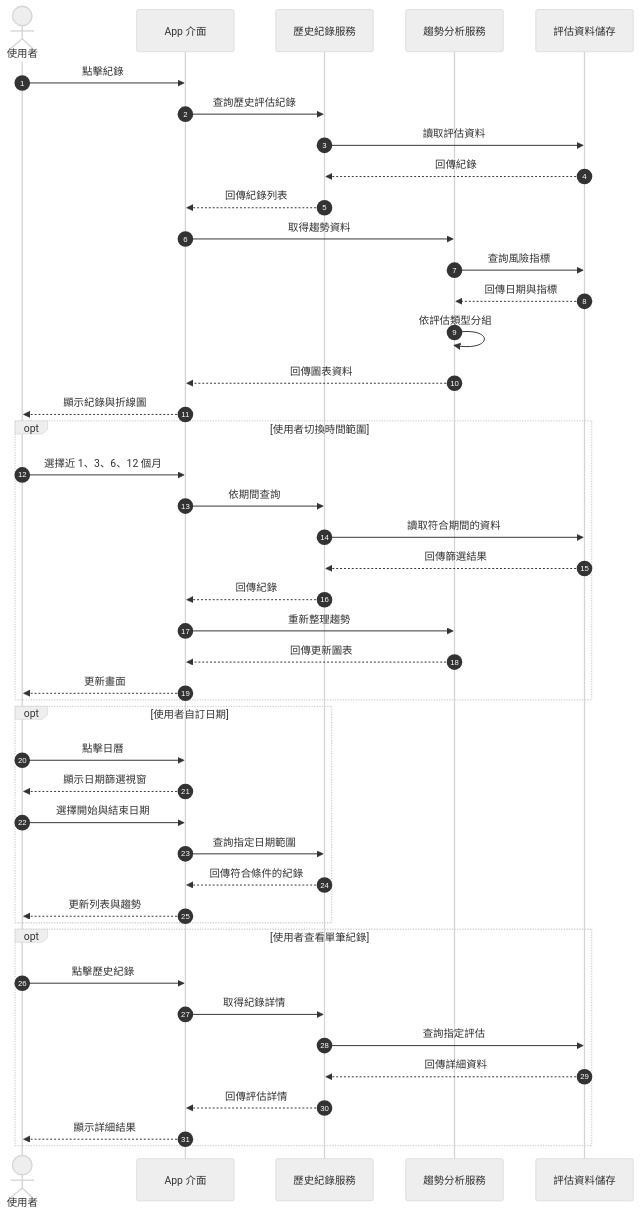
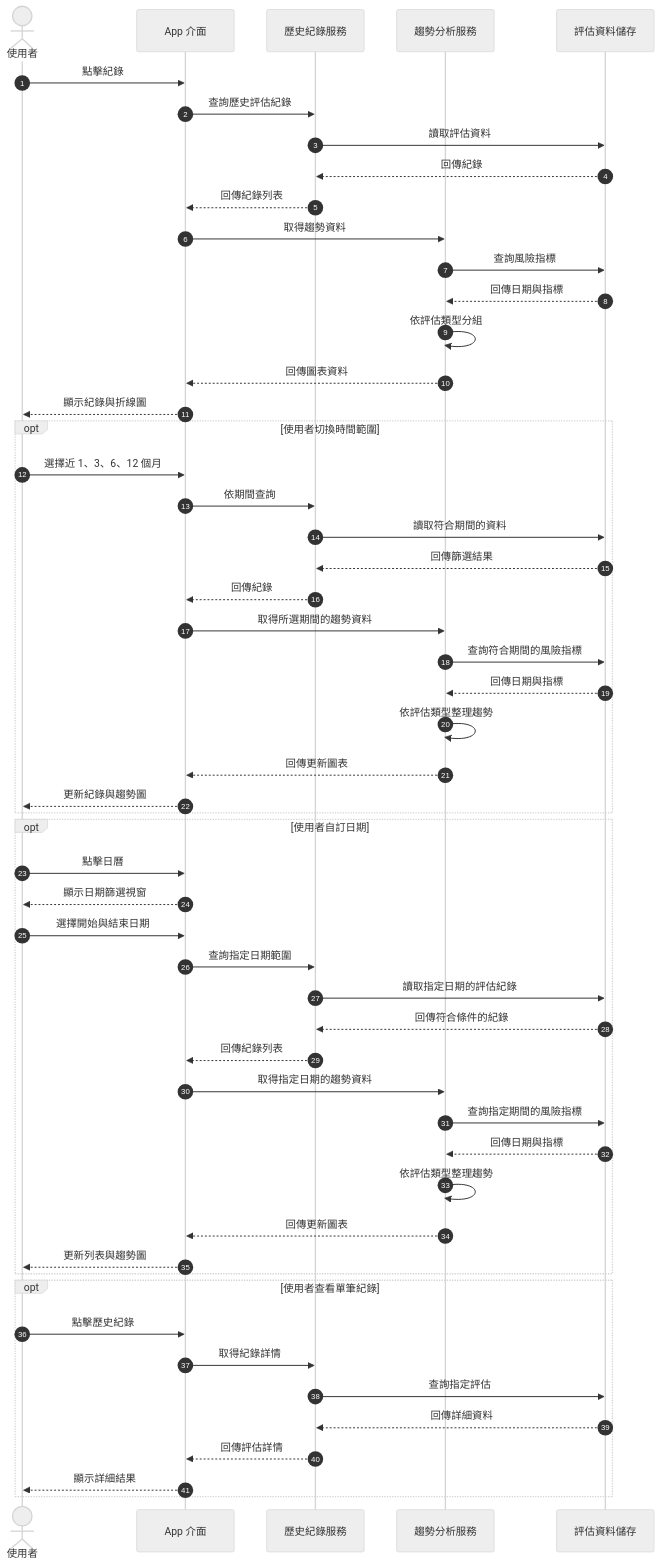
Before and after one commit to c113118216/115-b-team: the sixth of 10 diagrams in team_04.md, drawn with Mermaid (neutral theme). The commit also changed other lines of this file, not shown here.

````diff
--- a/team_04.md
+++ b/team_04.md
@@ -474,52 +472,65 @@
 ```mermaid
 sequenceDiagram
     autonumber
 
     actor U as 使用者
     participant APP as App 介面
     participant HISTORY as 歷史紀錄服務
     participant TREND as 趨勢分析服務
     participant DB as 評估資料儲存
 
     U->>APP: 點擊紀錄
     APP->>HISTORY: 查詢歷史評估紀錄
     HISTORY->>DB: 讀取評估資料
     DB-->>HISTORY: 回傳紀錄
     HISTORY-->>APP: 回傳紀錄列表
 
     APP->>TREND: 取得趨勢資料
     TREND->>DB: 查詢風險指標
     DB-->>TREND: 回傳日期與指標
     TREND->>TREND: 依評估類型分組
     TREND-->>APP: 回傳圖表資料
     APP-->>U: 顯示紀錄與折線圖
 
     opt 使用者切換時間範圍
         U->>APP: 選擇近 1、3、6、12 個月
         APP->>HISTORY: 依期間查詢
         HISTORY->>DB: 讀取符合期間的資料
         DB-->>HISTORY: 回傳篩選結果
         HISTORY-->>APP: 回傳紀錄
-        APP->>TREND: 重新整理趨勢
+
+        APP->>TREND: 取得所選期間的趨勢資料
+        TREND->>DB: 查詢符合期間的風險指標
+        DB-->>TREND: 回傳日期與指標
+        TREND->>TREND: 依評估類型整理趨勢
         TREND-->>APP: 回傳更新圖表
-        APP-->>U: 更新畫面
+        APP-->>U: 更新紀錄與趨勢圖
     end
 
     opt 使用者自訂日期
         U->>APP: 點擊日曆
         APP-->>U: 顯示日期篩選視窗
         U->>APP: 選擇開始與結束日期
+
         APP->>HISTORY: 查詢指定日期範圍
-        HISTORY-->>APP: 回傳符合條件的紀錄
-        APP-->>U: 更新列表與趨勢
+        HISTORY->>DB: 讀取指定日期的評估紀錄
+        DB-->>HISTORY: 回傳符合條件的紀錄
+        HISTORY-->>APP: 回傳紀錄列表
+
+        APP->>TREND: 取得指定日期的趨勢資料
+        TREND->>DB: 查詢指定期間的風險指標
+        DB-->>TREND: 回傳日期與指標
+        TREND->>TREND: 依評估類型整理趨勢
+        TREND-->>APP: 回傳更新圖表
+        APP-->>U: 更新列表與趨勢圖
     end
 
     opt 使用者查看單筆紀錄
         U->>APP: 點擊歷史紀錄
         APP->>HISTORY: 取得紀錄詳情
         HISTORY->>DB: 查詢指定評估
         DB-->>HISTORY: 回傳詳細資料
         HISTORY-->>APP: 回傳評估詳情
         APP-->>U: 顯示詳細結果
     end
 ```
````
